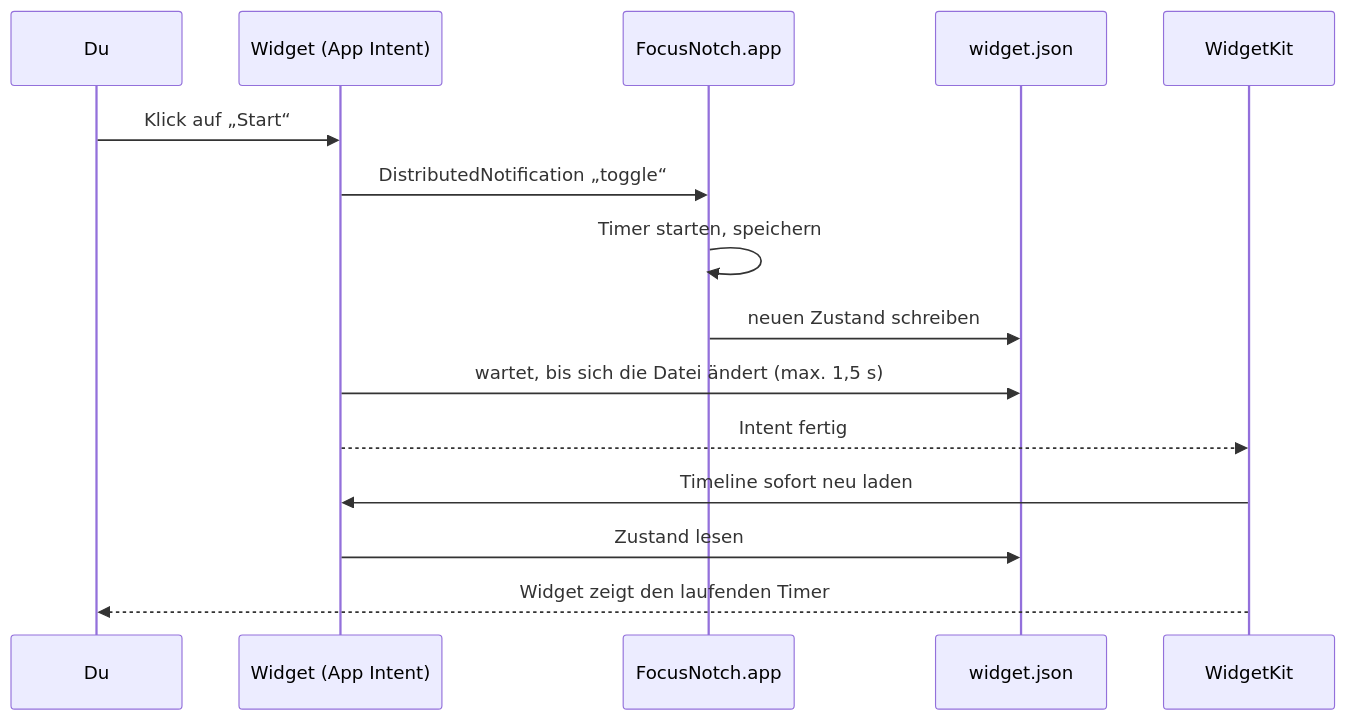
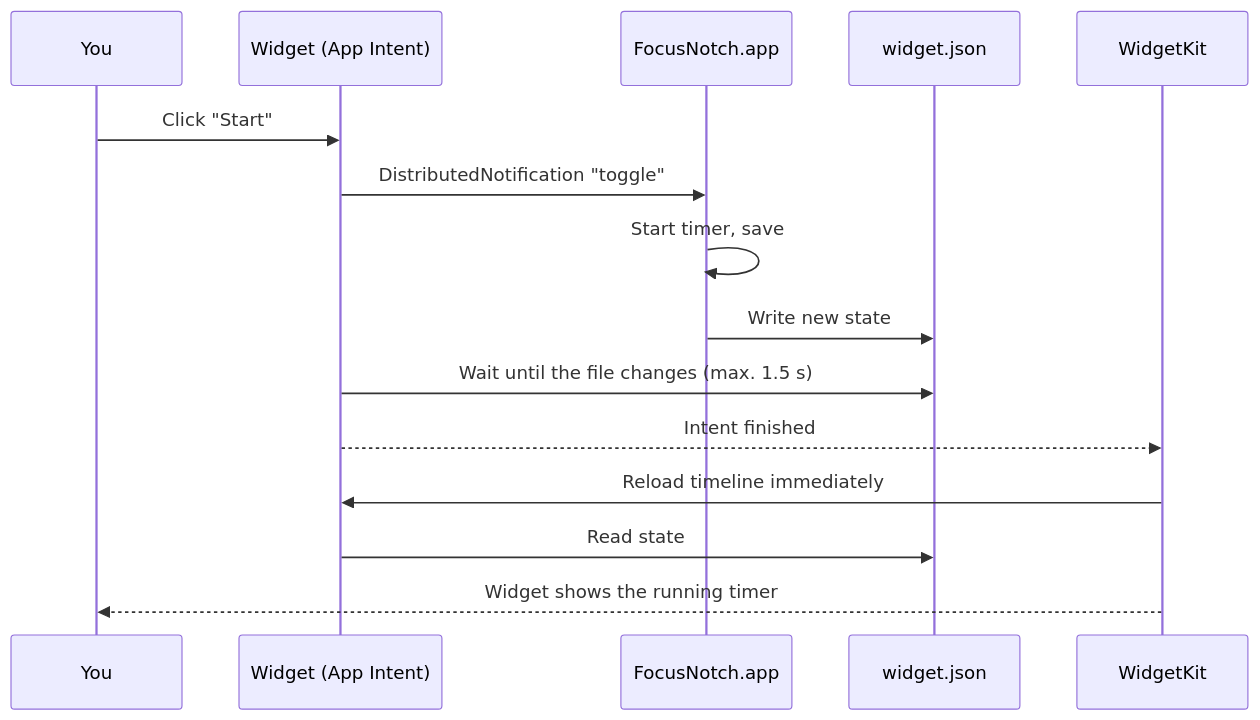
One commit to constantin-loesch/FocusNotch changed the second of 2 diagrams in README.md. Above: the diagram before and after it, drawn with Mermaid. The commit also changed other lines of this file and 27 other files, not shown here.

````diff
--- a/README.md
+++ b/README.md
@@ -213,18 +213,18 @@
 ```mermaid
 sequenceDiagram
-    participant U as Du
+    participant U as You
     participant W as Widget (App Intent)
     participant A as FocusNotch.app
     participant F as widget.json
     participant K as WidgetKit
 
-    U->>W: Klick auf „Start“
-    W->>A: DistributedNotification „toggle“
-    A->>A: Timer starten, speichern
-    A->>F: neuen Zustand schreiben
-    W->>F: wartet, bis sich die Datei ändert (max. 1,5 s)
-    W-->>K: Intent fertig
-    K->>W: Timeline sofort neu laden
-    W->>F: Zustand lesen
-    K-->>U: Widget zeigt den laufenden Timer
+    U->>W: Click "Start"
+    W->>A: DistributedNotification "toggle"
+    A->>A: Start timer, save
+    A->>F: Write new state
+    W->>F: Wait until the file changes (max. 1.5 s)
+    W-->>K: Intent finished
+    K->>W: Reload timeline immediately
+    W->>F: Read state
+    K-->>U: Widget shows the running timer
 ```
````
